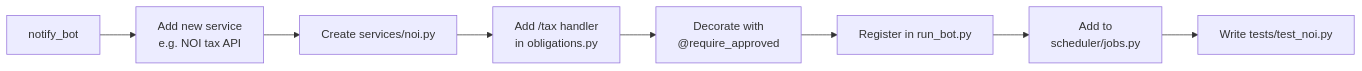
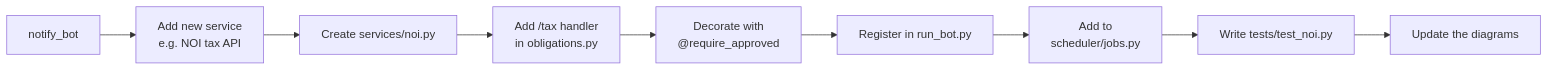
One commit to SecDevOpsPro/notify-telegram-bot changed the ninth of 9 diagrams in docs/plan.md. Above: the diagram before and after it, drawn with Mermaid. The commit also changed other lines of this file and 21 other files, not shown here.

````diff
--- a/docs/plan.md
+++ b/docs/plan.md
@@ -298,10 +354,11 @@
 ```mermaid
 flowchart LR
-    A[notify_bot] --> B[Add new service\ne.g. NOI tax API]
-    B --> C[Create services/noi.py]
-    C --> D[Add /tax handler\nin obligations.py]
-    D --> E[Decorate with\n@require_approved]
-    E --> F[Register in run_bot.py]
-    F --> G[Add to\nscheduler/jobs.py]
-    G --> H[Write tests/test_noi.py]
+    A["notify_bot"] --> B["Add new service<br/>e.g. NOI tax API"]
+    B --> C["Create services/noi.py"]
+    C --> D["Add /tax handler<br/>in obligations.py"]
+    D --> E["Decorate with<br/>@require_approved"]
+    E --> F["Register in run_bot.py"]
+    F --> G["Add to<br/>scheduler/jobs.py"]
+    G --> H["Write tests/test_noi.py"]
+    H --> I["Update the diagrams"]
 ```
````
